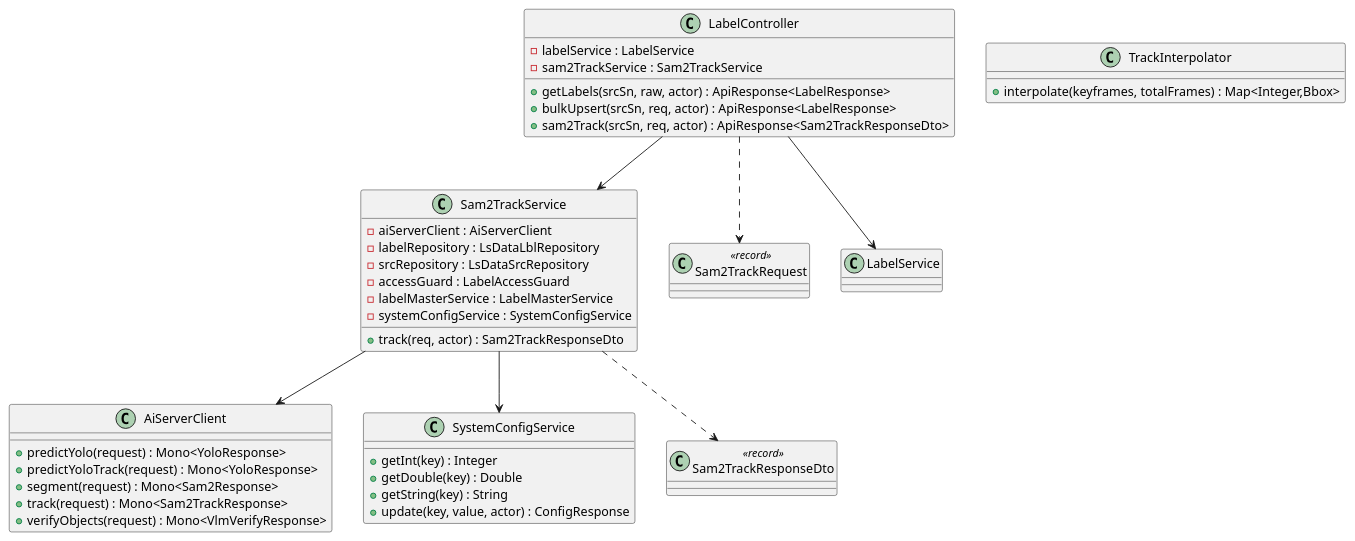
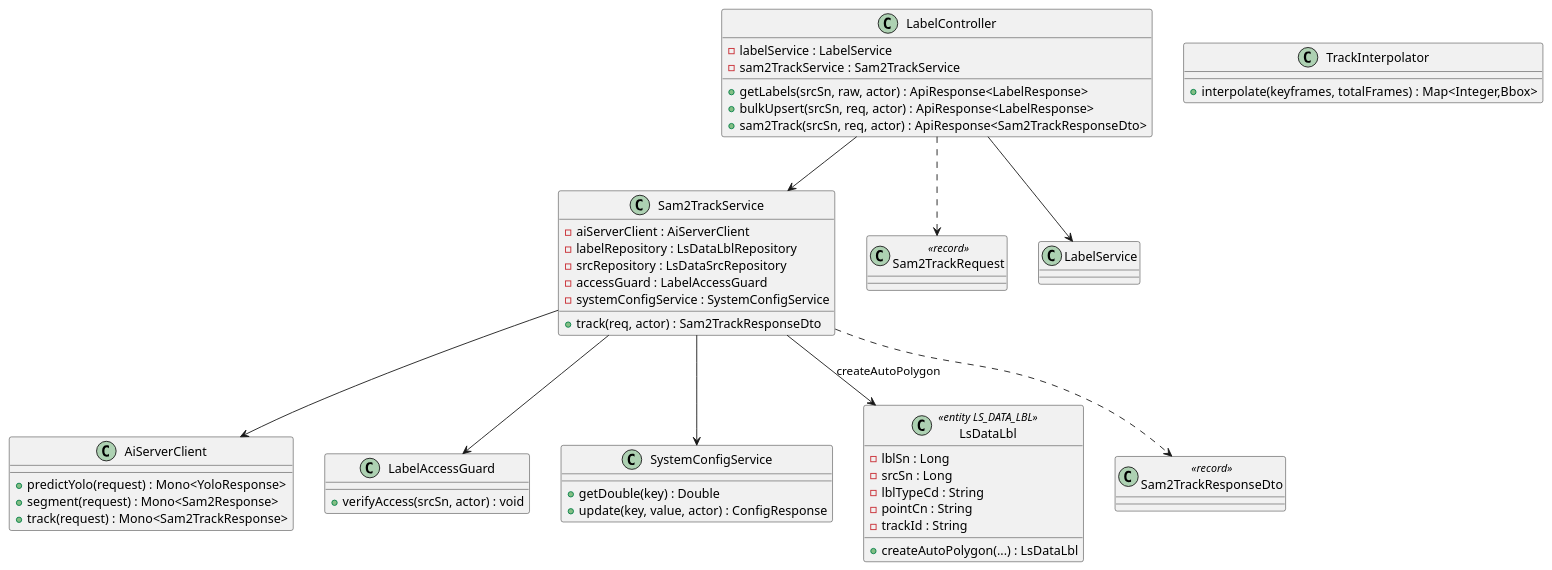
Diagram 15 of 18 in docs/design/D1-클래스설계서.md (New-stella/klid-label), drawn with PlantUML before and after one commit. The commit also changed other lines of this file and 36 other files, not shown here.

````diff
--- a/docs/design/D1-클래스설계서.md
+++ b/docs/design/D1-클래스설계서.md
@@ -417,45 +777,53 @@
 ```plantuml
 @startuml
 class LabelController {
   - labelService : LabelService
   - sam2TrackService : Sam2TrackService
   + getLabels(srcSn, raw, actor) : ApiResponse<LabelResponse>
   + bulkUpsert(srcSn, req, actor) : ApiResponse<LabelResponse>
   + sam2Track(srcSn, req, actor) : ApiResponse<Sam2TrackResponseDto>
 }
 class Sam2TrackService {
   - aiServerClient : AiServerClient
   - labelRepository : LsDataLblRepository
   - srcRepository : LsDataSrcRepository
   - accessGuard : LabelAccessGuard
-  - labelMasterService : LabelMasterService
   - systemConfigService : SystemConfigService
   + track(req, actor) : Sam2TrackResponseDto
 }
 class AiServerClient {
   + predictYolo(request) : Mono<YoloResponse>
-  + predictYoloTrack(request) : Mono<YoloResponse>
   + segment(request) : Mono<Sam2Response>
   + track(request) : Mono<Sam2TrackResponse>
-  + verifyObjects(request) : Mono<VlmVerifyResponse>
 }
 class TrackInterpolator {
   + interpolate(keyframes, totalFrames) : Map<Integer,Bbox>
 }
+class LabelAccessGuard {
+  + verifyAccess(srcSn, actor) : void
+}
 class SystemConfigService {
-  + getInt(key) : Integer
   + getDouble(key) : Double
-  + getString(key) : String
   + update(key, value, actor) : ConfigResponse
+}
+class LsDataLbl <<entity LS_DATA_LBL>> {
+  - lblSn : Long
+  - srcSn : Long
+  - lblTypeCd : String
+  - pointCn : String
+  - trackId : String
+  + createAutoPolygon(...) : LsDataLbl
 }
 class Sam2TrackRequest <<record>>
 class Sam2TrackResponseDto <<record>>
 
 LabelController --> Sam2TrackService
 LabelController --> LabelService
 Sam2TrackService --> AiServerClient
+Sam2TrackService --> LabelAccessGuard
 Sam2TrackService --> SystemConfigService
+Sam2TrackService --> LsDataLbl : createAutoPolygon
 Sam2TrackService ..> Sam2TrackResponseDto
 LabelController ..> Sam2TrackRequest
 @enduml
 ```
````
